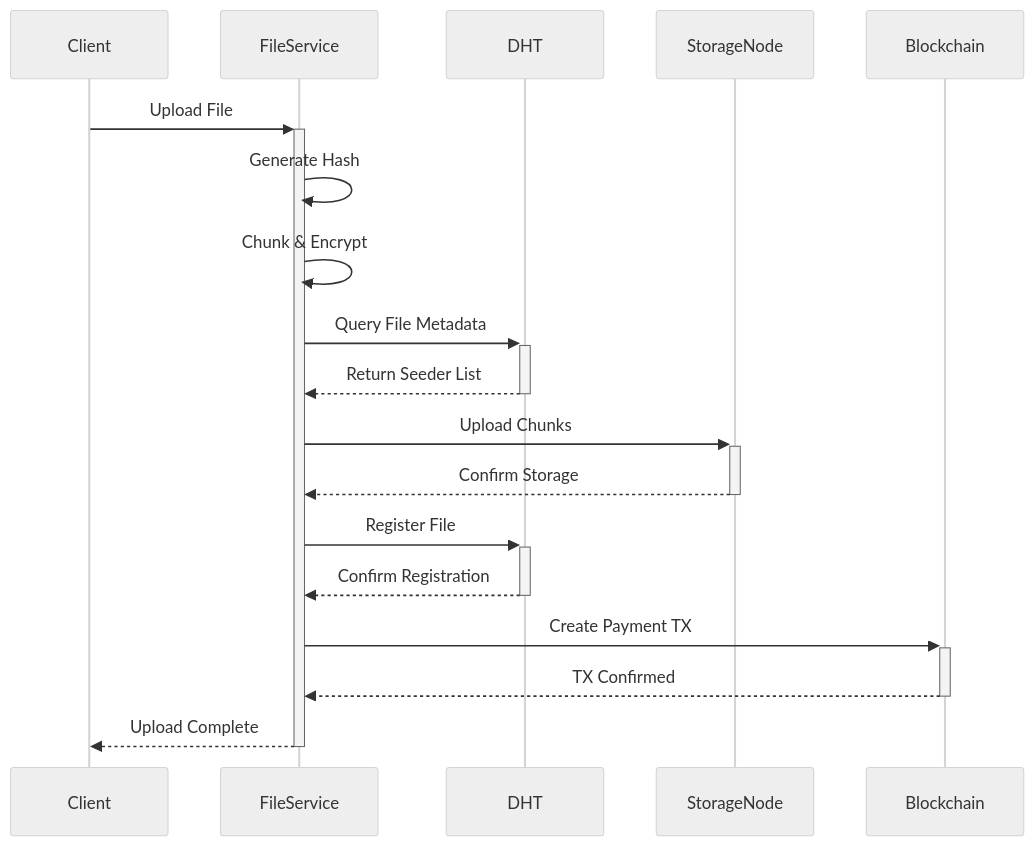
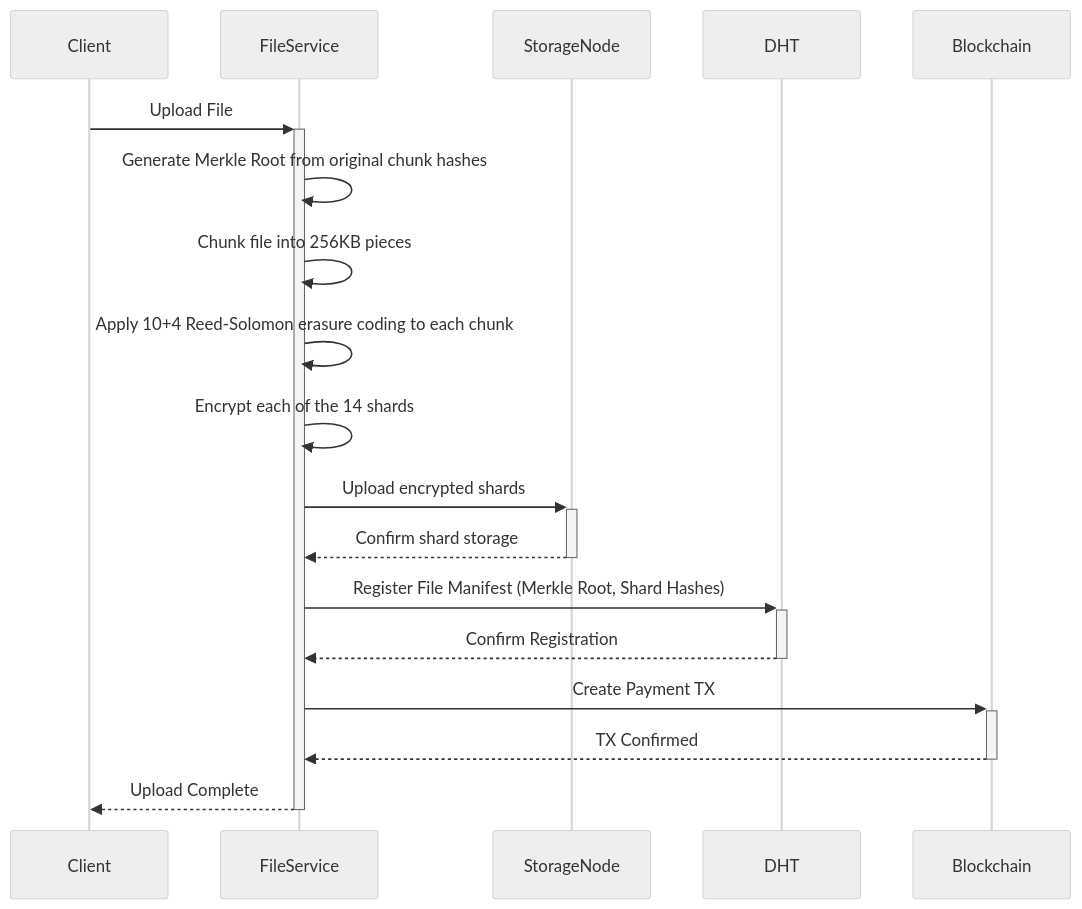
One commit to walrus-chanul-dandeniya/chiral-network changed the first of 2 diagrams in docs/02-architecture.md. Above: the diagram before and after it, drawn with Mermaid (neutral theme). The commit also changed other lines of this file and 3 other files, not shown here.

Commit message:
fix(docs): update architecture,overview,implementation,and security docs to include info on erasure coding

````diff
--- a/docs/02-architecture.md
+++ b/docs/02-architecture.md
@@ -265,15 +265,21 @@
 ```mermaid
 sequenceDiagram
+    participant Client
+    participant FileService
+    participant StorageNode
+    participant DHT
+    participant Blockchain
+
     Client->>+FileService: Upload File
-    FileService->>FileService: Generate Hash
-    FileService->>FileService: Chunk & Encrypt
-    FileService->>+DHT: Query File Metadata
-    DHT-->>-FileService: Return Seeder List
-    FileService->>+StorageNode: Upload Chunks
-    StorageNode-->>-FileService: Confirm Storage
-    FileService->>+DHT: Register File
+    FileService->>FileService: Generate Merkle Root from original chunk hashes
+    FileService->>FileService: Chunk file into 256KB pieces
+    FileService->>FileService: Apply 10+4 Reed-Solomon erasure coding to each chunk
+    FileService->>FileService: Encrypt each of the 14 shards
+    FileService->>+StorageNode: Upload encrypted shards
+    StorageNode-->>-FileService: Confirm shard storage
+    FileService->>+DHT: Register File Manifest (Merkle Root, Shard Hashes)
     DHT-->>-FileService: Confirm Registration
     FileService->>+Blockchain: Create Payment TX
     Blockchain-->>-FileService: TX Confirmed
     FileService-->>-Client: Upload Complete
 ```
````
